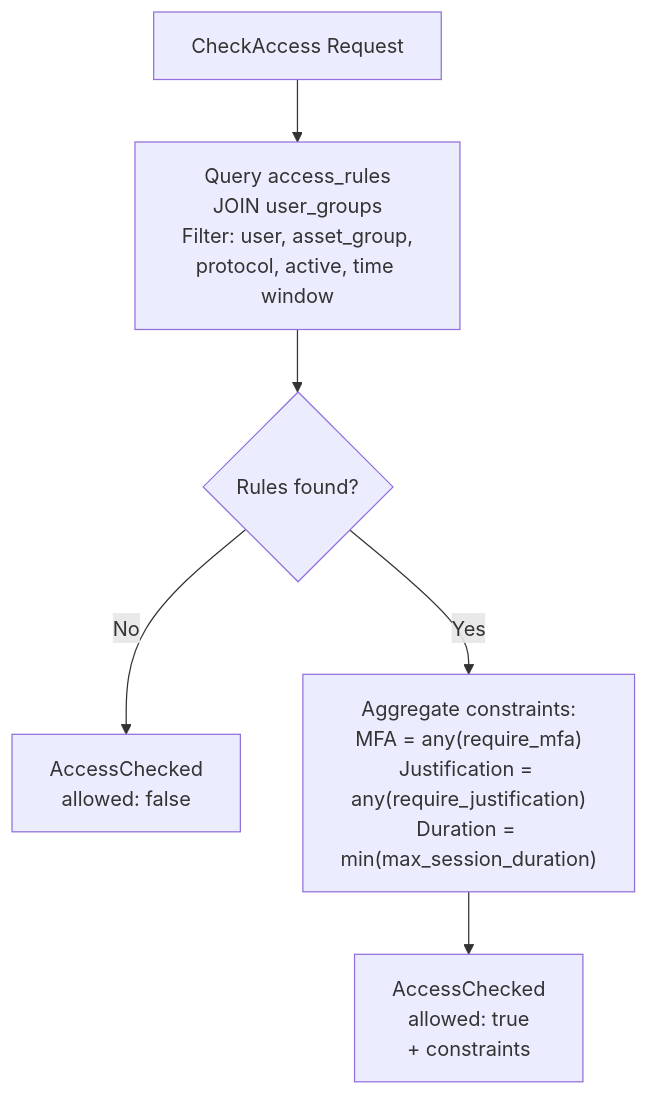
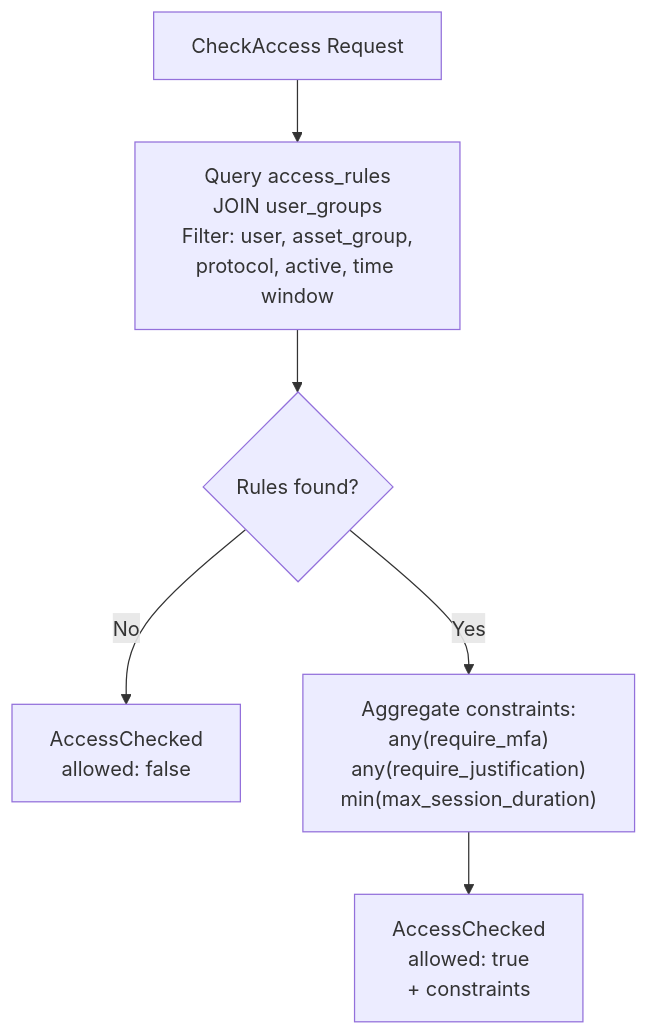
The ninth of 15 diagrams in docs/technical/Vauban_IAM_Architecture_EN(1.0).md (rbenaley/Vauban), drawn with Mermaid before and after one commit. The commit also changed other lines of this file, not shown here.

````diff
--- a/docs/technical/Vauban_IAM_Architecture_EN(1.0).md
+++ b/docs/technical/Vauban_IAM_Architecture_EN(1.0).md
@@ -487,9 +487,9 @@
 ```mermaid
 flowchart TB
     Start[CheckAccess Request] --> FindRules["Query access_rules<br/>JOIN user_groups<br/>Filter: user, asset_group,<br/>protocol, active, time window"]
 
     FindRules --> Empty{Rules found?}
     Empty -->|No| Deny["AccessChecked<br/>allowed: false"]
-    Empty -->|Yes| Aggregate["Aggregate constraints:<br/>MFA = any(require_mfa)<br/>Justification = any(require_justification)<br/>Duration = min(max_session_duration)"]
+    Empty -->|Yes| Aggregate["Aggregate constraints:<br/>any(require_mfa)<br/>any(require_justification)<br/>min(max_session_duration)"]
     Aggregate --> Allow["AccessChecked<br/>allowed: true<br/>+ constraints"]
 ```
````
